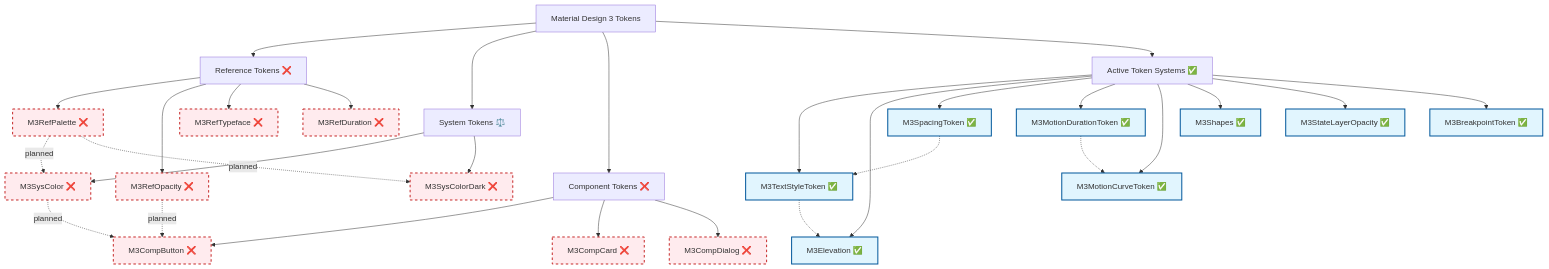
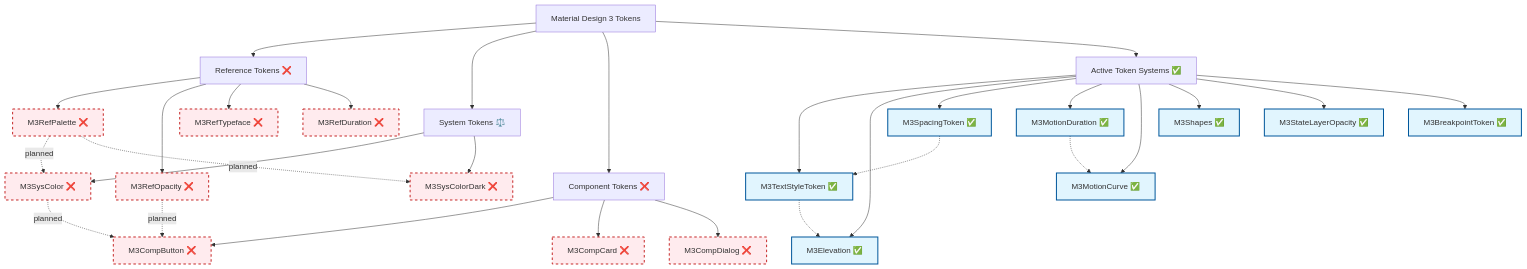
One commit to fluttely/material_design changed the first of 5 diagrams in documentation/material_design/en_US/maps/Token Map.md. Above: the diagram before and after it, drawn with Mermaid. The commit also changed other lines of this file and 37 other files, not shown here.

````diff
--- a/documentation/material_design/en_US/maps/Token Map.md
+++ b/documentation/material_design/en_US/maps/Token Map.md
@@ -29,45 +29,45 @@
 ```mermaid
 graph TD
     A[Material Design 3 Tokens] --> B[Reference Tokens ❌]
     A --> C[System Tokens ⚖️]
     A --> D[Component Tokens ❌]
     A --> E[Active Token Systems ✅]
 
     B --> B1[M3RefPalette ❌]
     B --> B2[M3RefOpacity ❌]
     B --> B3[M3RefTypeface ❌]
     B --> B4[M3RefDuration ❌]
 
     C --> C1[M3SysColor ❌]
     C --> C2[M3SysColorDark ❌]
 
     D --> D1[M3CompButton ❌]
     D --> D2[M3CompCard ❌]
     D --> D3[M3CompDialog ❌]
 
     E --> E1[M3TextStyleToken ✅]
     E --> E2[M3Elevation ✅]
     E --> E3[M3SpacingToken ✅]
-    E --> E4[M3MotionDurationToken ✅]
-    E --> E5[M3MotionCurveToken ✅]
+    E --> E4[M3MotionDuration ✅]
+    E --> E5[M3MotionCurve ✅]
     E --> E6[M3Shapes ✅]
     E --> E7[M3StateLayerOpacity ✅]
     E --> E8[M3BreakpointToken ✅]
 
     %% Active dependencies (green)
     E1 -.-> E2
     E3 -.-> E1
     E4 -.-> E5
 
     %% Planned dependencies (red dashed)
     B1 -.->|planned| C1
     B1 -.->|planned| C2
     B2 -.->|planned| D1
     C1 -.->|planned| D1
 
     classDef activeToken fill:#e1f5fe,stroke:#01579b,stroke-width:2px
     classDef inactiveToken fill:#ffebee,stroke:#c62828,stroke-width:2px,stroke-dasharray: 5 5
 
     class E1,E2,E3,E4,E5,E6,E7,E8 activeToken
     class B1,B2,B3,B4,C1,C2,D1,D2,D3 inactiveToken
 ```
````
